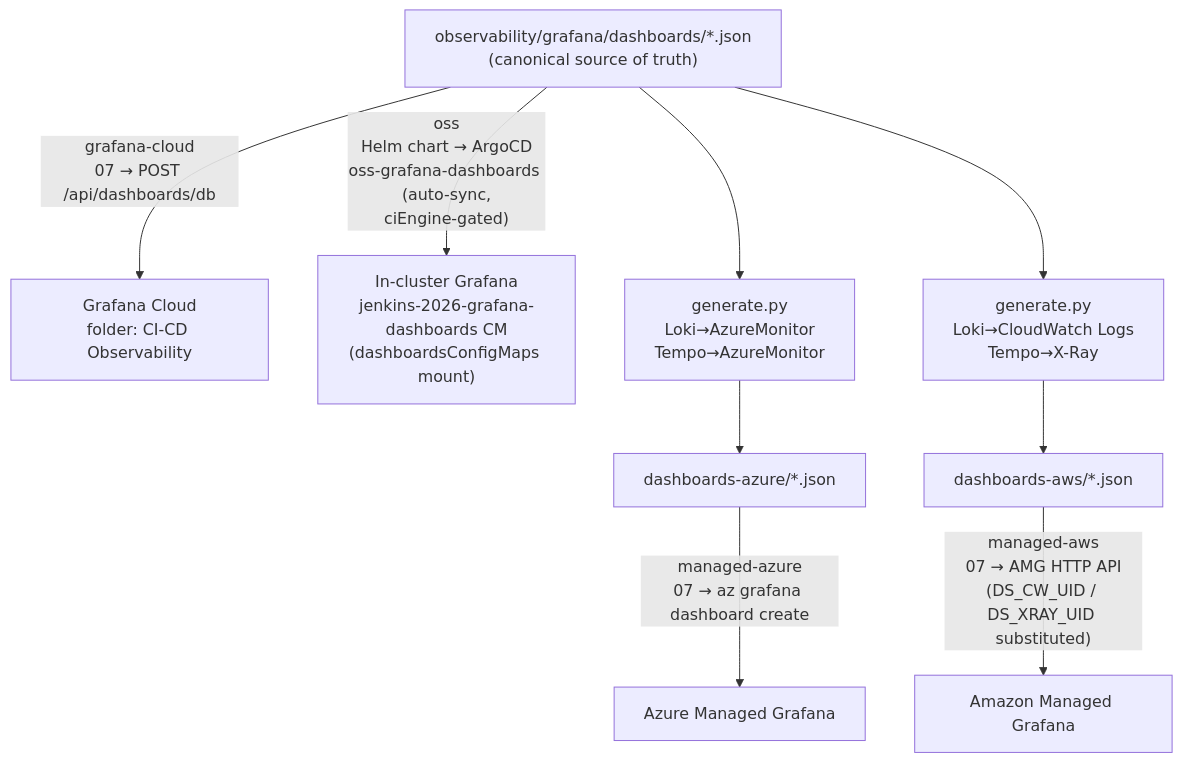
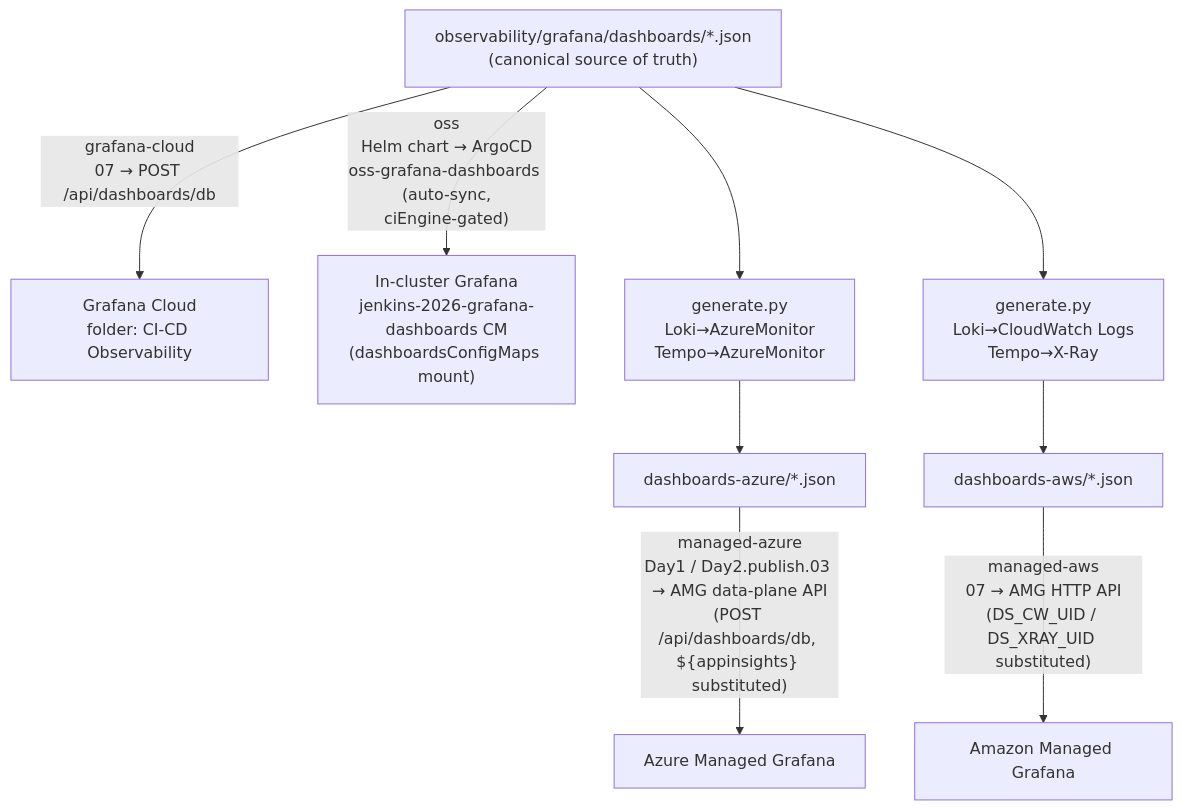
One commit to nubenetes/jenkins-2026 changed the fifth of 7 diagrams in docs/301-OBSERVABILITY.md. Above: the diagram before and after it, drawn with Mermaid. The commit also changed other lines of this file and 48 other files, not shown here.

````diff
--- a/docs/301-OBSERVABILITY.md
+++ b/docs/301-OBSERVABILITY.md
@@ -692,16 +706,16 @@
 ```mermaid
 flowchart TD
   SRC["observability/grafana/dashboards/*.json\n(canonical source of truth)"]
 
   SRC -->|"grafana-cloud\n07 → POST /api/dashboards/db"| GC["Grafana Cloud\nfolder: CI-CD Observability"]
   SRC -->|"oss\nHelm chart → ArgoCD\noss-grafana-dashboards (auto-sync,\nciEngine-gated)"| OSS["In-cluster Grafana\njenkins-2026-grafana-dashboards CM\n(dashboardsConfigMaps mount)"]
 
   GEN_AZ["generate.py\nLoki→AzureMonitor\nTempo→AzureMonitor"]
   GEN_AWS["generate.py\nLoki→CloudWatch Logs\nTempo→X-Ray"]
 
   SRC --> GEN_AZ --> AZ["dashboards-azure/*.json"]
   SRC --> GEN_AWS --> AWS["dashboards-aws/*.json"]
 
-  AZ -->|"managed-azure\n07 → az grafana dashboard create"| AMG_AZ["Azure Managed Grafana"]
+  AZ -->|"managed-azure\nDay1 / Day2.publish.03 → AMG data-plane API\n(POST /api/dashboards/db, ${appinsights} substituted)"| AMG_AZ["Azure Managed Grafana"]
   AWS -->|"managed-aws\n07 → AMG HTTP API\n(DS_CW_UID / DS_XRAY_UID substituted)"| AMG_AWS["Amazon Managed Grafana"]
 ```
````
